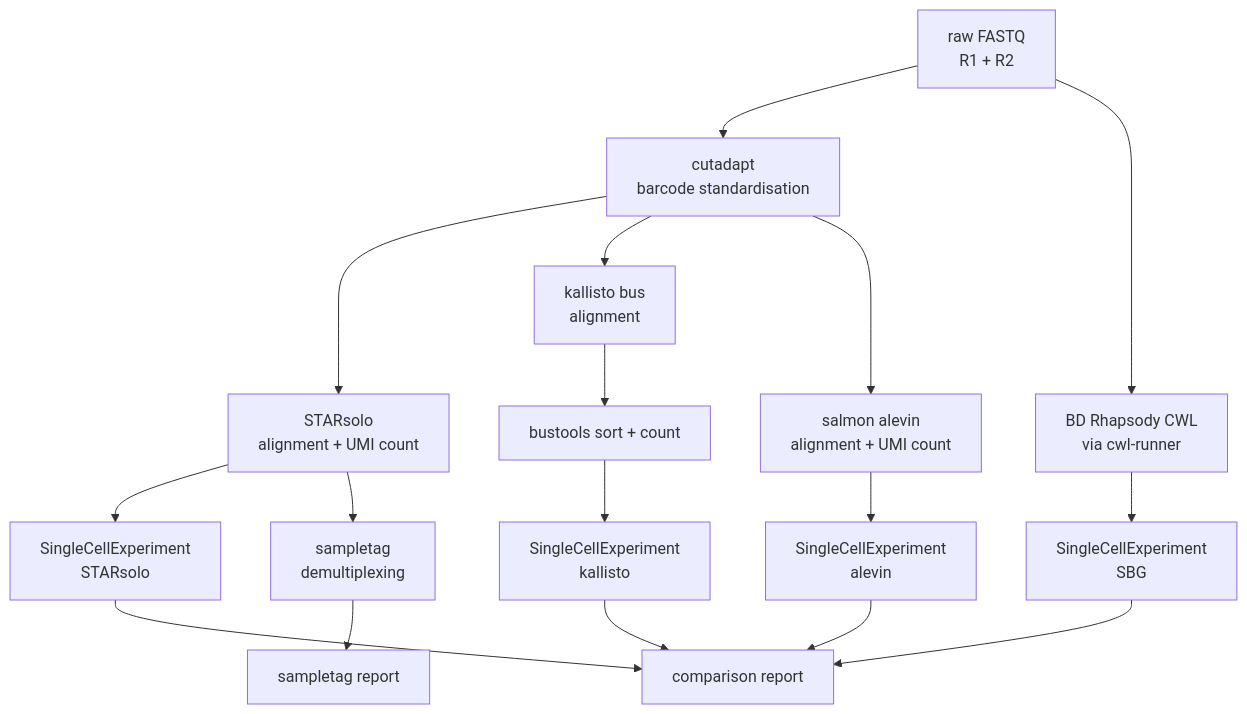
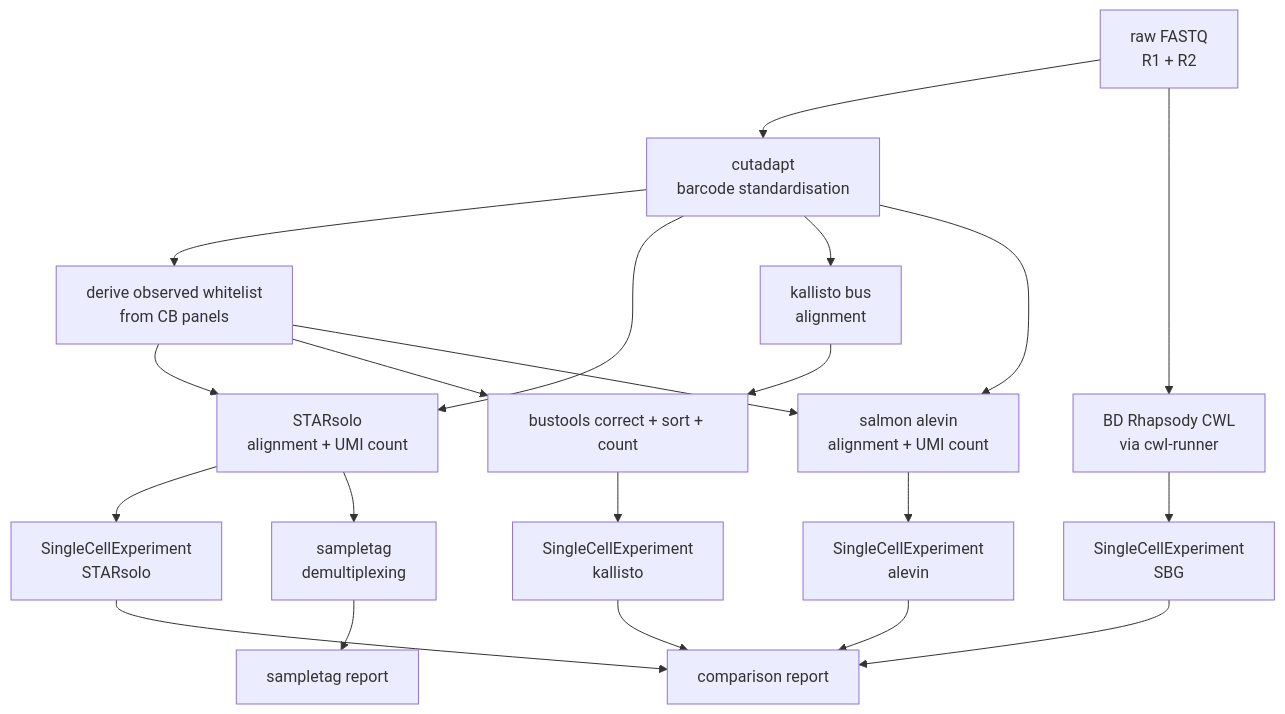
One commit to imallona/rhapsodist changed the diagram in README.md. Above: the diagram before and after it, drawn with Mermaid. The commit also changed other lines of this file and 1 other file, not shown here.

Commit message:
Use the derived whitelist in all workflows

````diff
--- a/README.md
+++ b/README.md
@@ -7,20 +7,25 @@
 ```mermaid
 flowchart TD
     reads[raw FASTQ\nR1 + R2] --> cutadapt[cutadapt\nbarcode standardisation]
 
+    cutadapt --> wl[derive observed whitelist\nfrom CB panels]
     cutadapt --> starsolo[STARsolo\nalignment + UMI count]
     cutadapt --> kallisto[kallisto bus\nalignment]
     cutadapt --> alevin[salmon alevin\nalignment + UMI count]
     reads --> sbg[BD Rhapsody CWL\nvia cwl-runner]
 
+    wl --> starsolo
+    wl --> bustools[bustools correct + sort + count]
+    wl --> alevin
+
     starsolo --> sce_star[SingleCellExperiment\nSTARsolo]
-    kallisto --> bustools[bustools sort + count]
+    kallisto --> bustools
     bustools --> sce_kallisto[SingleCellExperiment\nkallisto]
     alevin --> sce_alevin[SingleCellExperiment\nalevin]
     sbg --> sce_sbg[SingleCellExperiment\nSBG]
 
     sce_star & sce_kallisto & sce_alevin & sce_sbg --> report[comparison report]
 
     starsolo --> sampletags[sampletag\ndemultiplexing]
     sampletags --> st_report[sampletag report]
 ```
````
